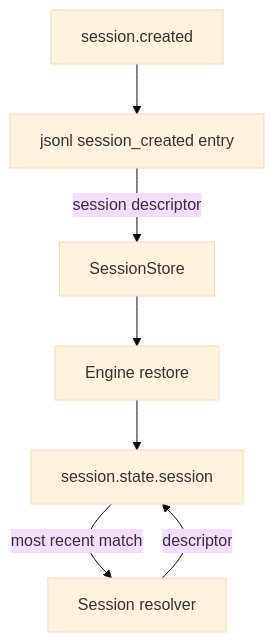
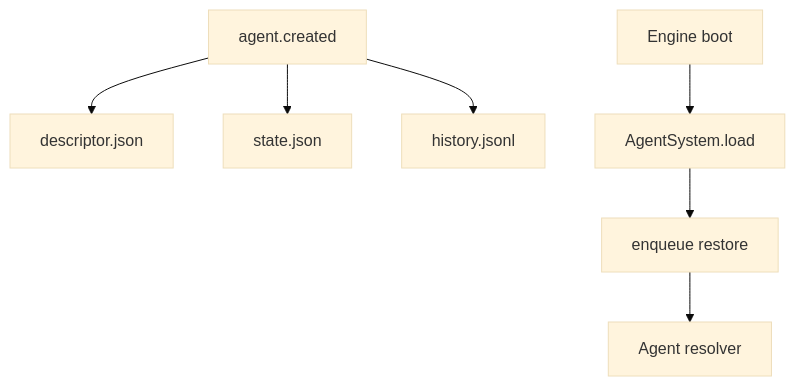
The third of 5 diagrams in docs/engine.md (ex3ndr/claybot), drawn with Mermaid (base theme) before and after one commit. The commit also changed other lines of this file and 138 other files, not shown here.

Commit message:
refactor(engine): move to agent-first system

````diff
--- a/docs/engine.md
+++ b/docs/engine.md
@@ -83,9 +85,9 @@
 ```mermaid
 flowchart TD
-  Create[session.created] --> Log[jsonl session_created entry]
-  Log -->|session descriptor| Store[SessionStore]
-  Store --> Restore[Engine restore]
-  Restore --> State[session.state.session]
-  Resolver[Session resolver] -->|descriptor| State
-  State -->|most recent match| Resolver
+  Create[agent.created] --> Descriptor[descriptor.json]
+  Create --> State[state.json]
+  Create --> History[history.jsonl]
+  Boot[Engine boot] --> Load[AgentSystem.load]
+  Load --> Restore[enqueue restore]
+  Restore --> Resolver[Agent resolver]
 ```
````
